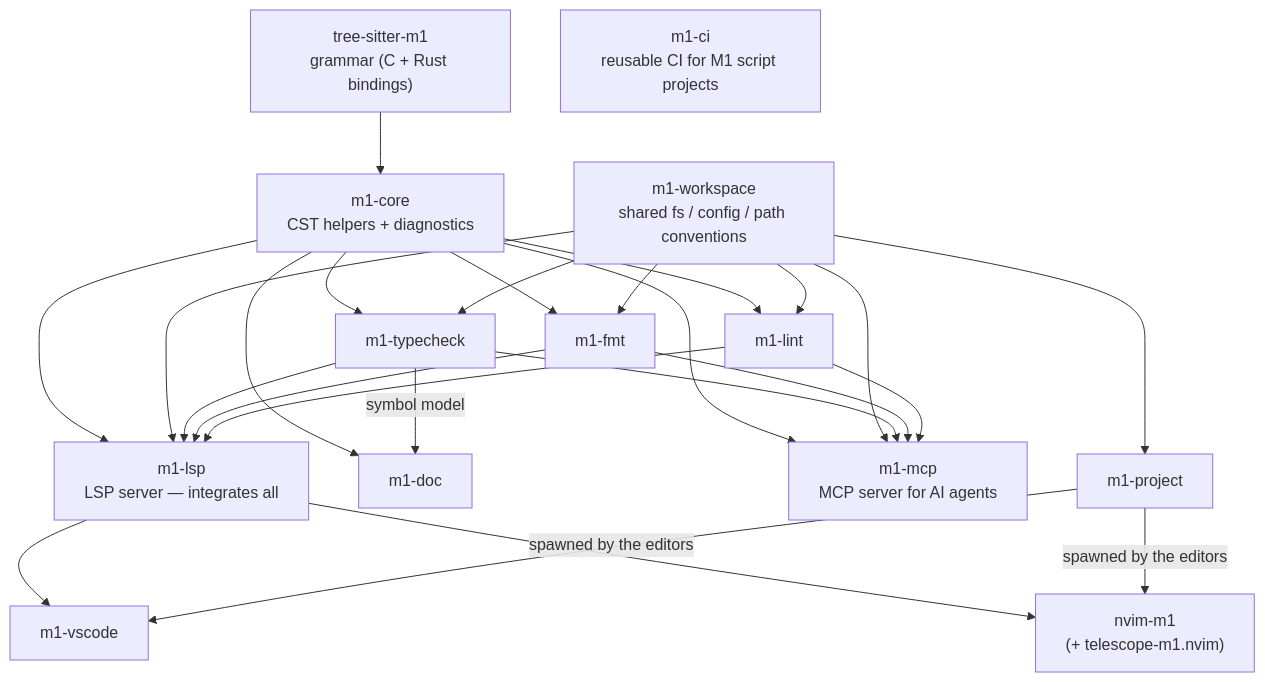
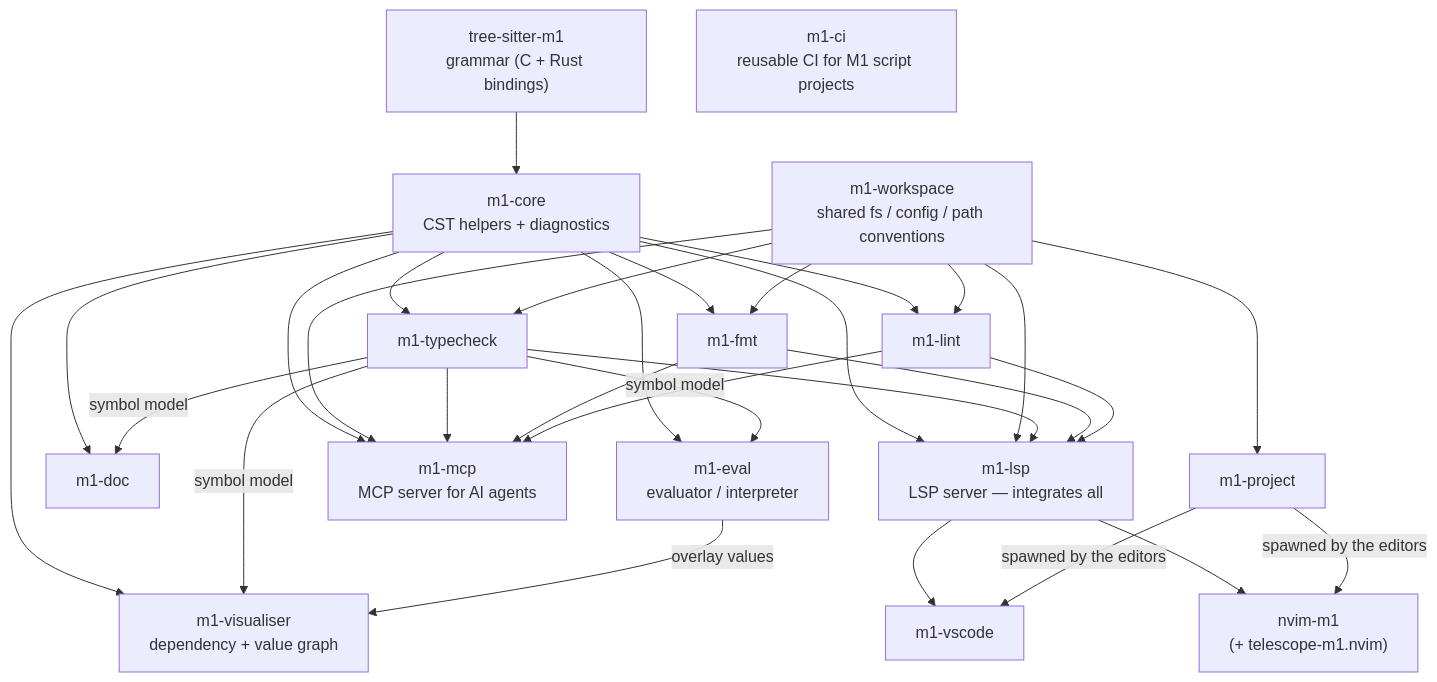
Before and after one commit to C-Nucifora/m1-tools: the diagram in README.md, drawn with Mermaid. The commit also changed other lines of this file and 2 other files, not shown here.

First line of the commit message:
Register m1-eval and m1-visualiser in the toolchain (#56)

````diff
--- a/README.md
+++ b/README.md
@@ -71,30 +73,33 @@
 ```mermaid
 %% Arrows point downstream — from a crate to the repos that consume it.
 %% Repos depend on each other via versioned git tags, so a release
 %% propagates down this graph through consumer-bump PRs.
 graph TD
     ts["tree-sitter-m1<br/>grammar (C + Rust bindings)"]
     core["m1-core<br/>CST helpers + diagnostics"]
     ws["m1-workspace<br/>shared fs / config / path conventions"]
     tc["m1-typecheck"]
     fmt["m1-fmt"]
     lint["m1-lint"]
     proj["m1-project"]
     doc["m1-doc"]
+    eval["m1-eval<br/>evaluator / interpreter"]
+    vis["m1-visualiser<br/>dependency + value graph"]
     mcp["m1-mcp<br/>MCP server for AI agents"]
     lsp["m1-lsp<br/>LSP server — integrates all"]
     vscode["m1-vscode"]
     nvim["nvim-m1<br/>(+ telescope-m1.nvim)"]
     ci["m1-ci<br/>reusable CI for M1 script projects"]
 
     ts --> core
-    core --> tc & fmt & lint & doc & lsp & mcp
+    core --> tc & fmt & lint & doc & lsp & mcp & eval & vis
     ws --> tc & fmt & lint & proj & lsp & mcp
-    tc -->|symbol model| doc
+    tc -->|symbol model| doc & eval & vis
+    eval -->|overlay values| vis
     tc --> lsp
     fmt --> lsp
     lint --> lsp
     tc & fmt & lint --> mcp
     lsp --> vscode & nvim
     proj -->|spawned by the editors| vscode & nvim
 ```
````
